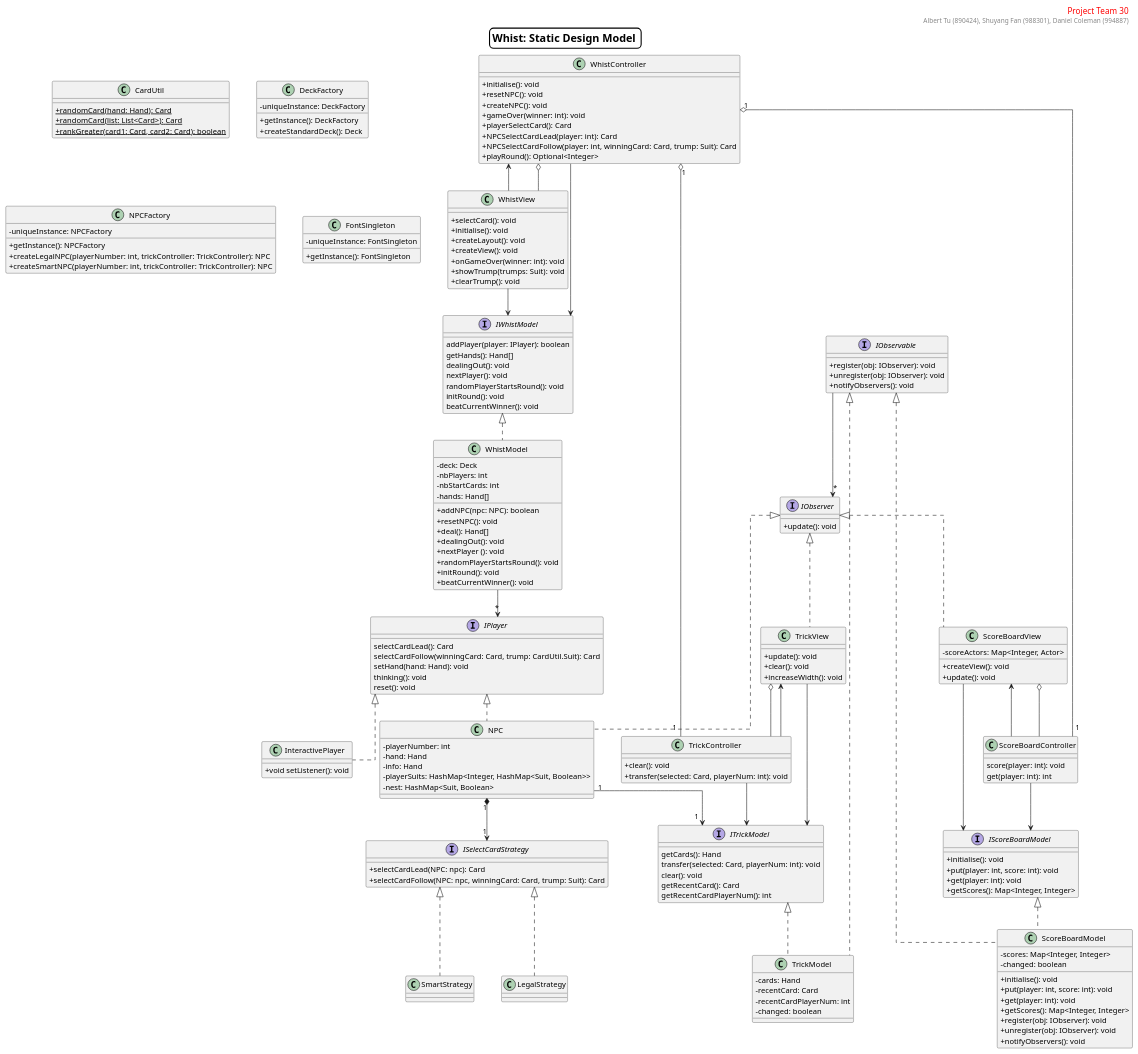
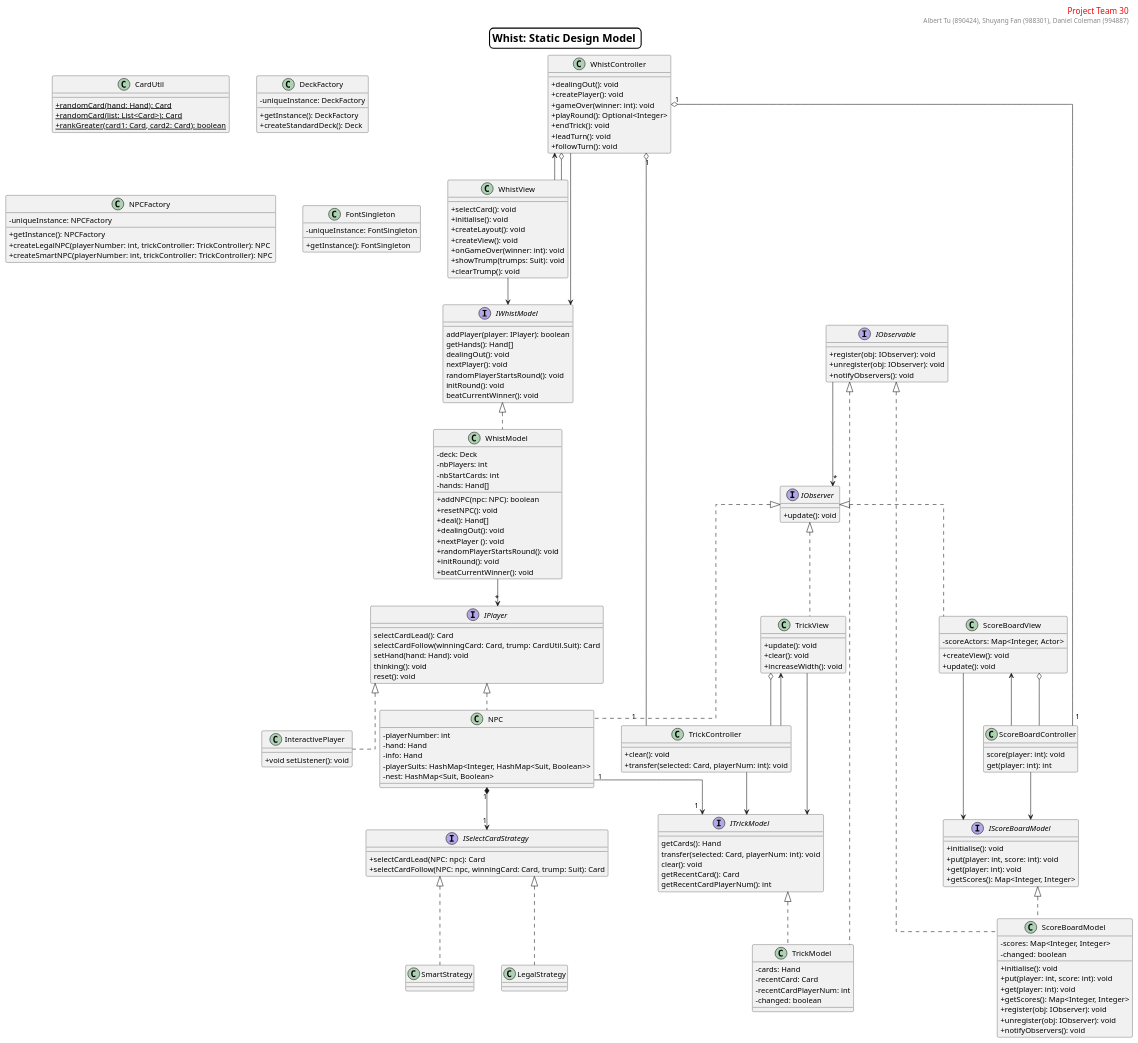
One commit to Haswf/Whist changed the diagram in uml/DesignClassDiagram.puml. Above: the diagram before and after it, drawn with PlantUML.

Commit message:
fixed typos in DCD and added title, updated WhistController and IWhistModel in DCD

```diff
--- a/uml/DesignClassDiagram.puml
+++ b/uml/DesignClassDiagram.puml
@@ -126,14 +126,14 @@
 WhistView --> IWhistModel
 
 class WhistController{
-    + initialise(): void
-    + resetNPC(): void
-    + createNPC(): void
+    + dealingOut(): void
+    + createPlayer(): void
     + gameOver(winner: int): void
-    + playerSelectCard(): Card
-    + NPCSelectCardLead(player: int): Card
-    + NPCSelectCardFollow(player: int, winningCard: Card, trump: Suit): Card
     + playRound(): Optional<Integer>
+    + endTrick(): void
+    + leadTurn(): void
+    + followTurn(): void
+
 }
 
 WhistController --> IWhistModel
```
